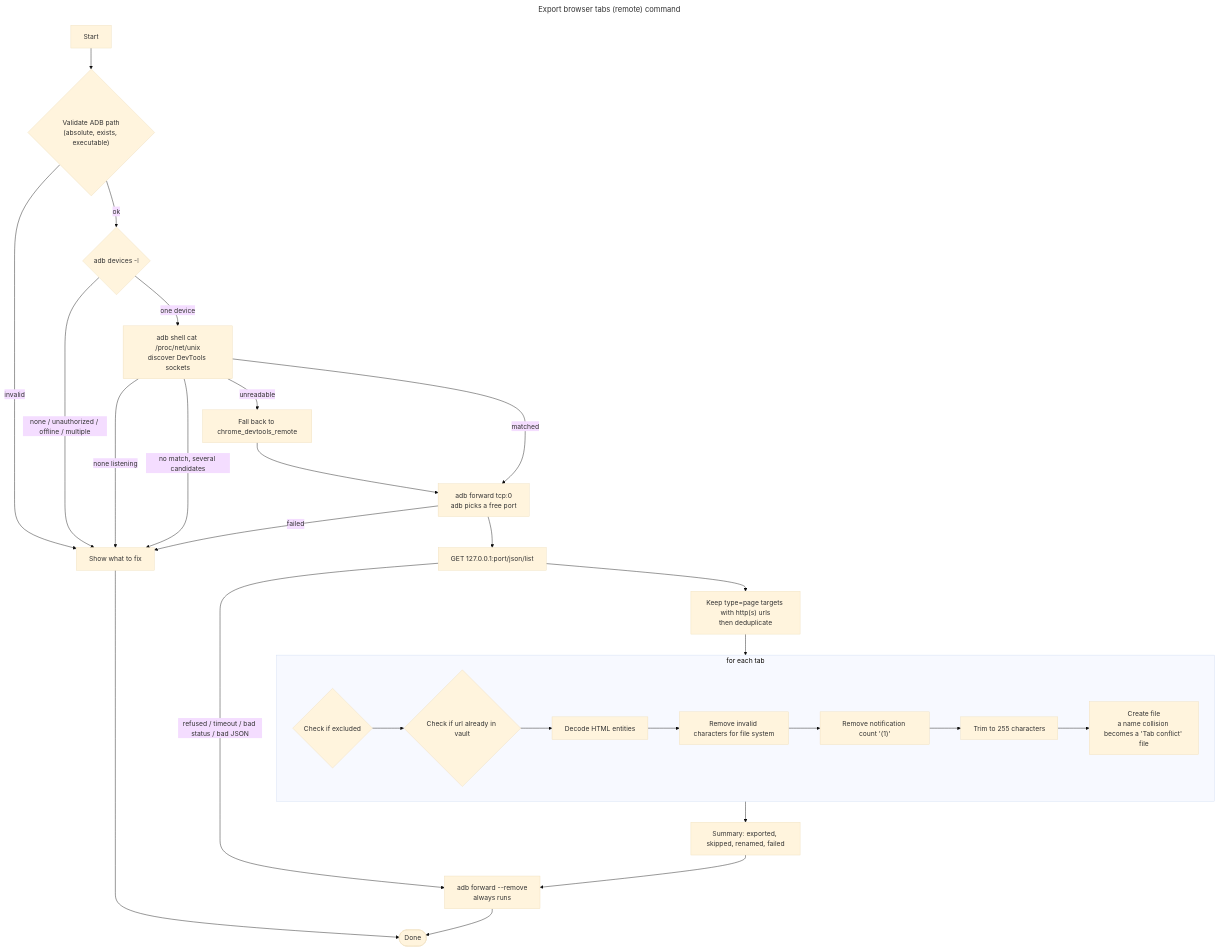
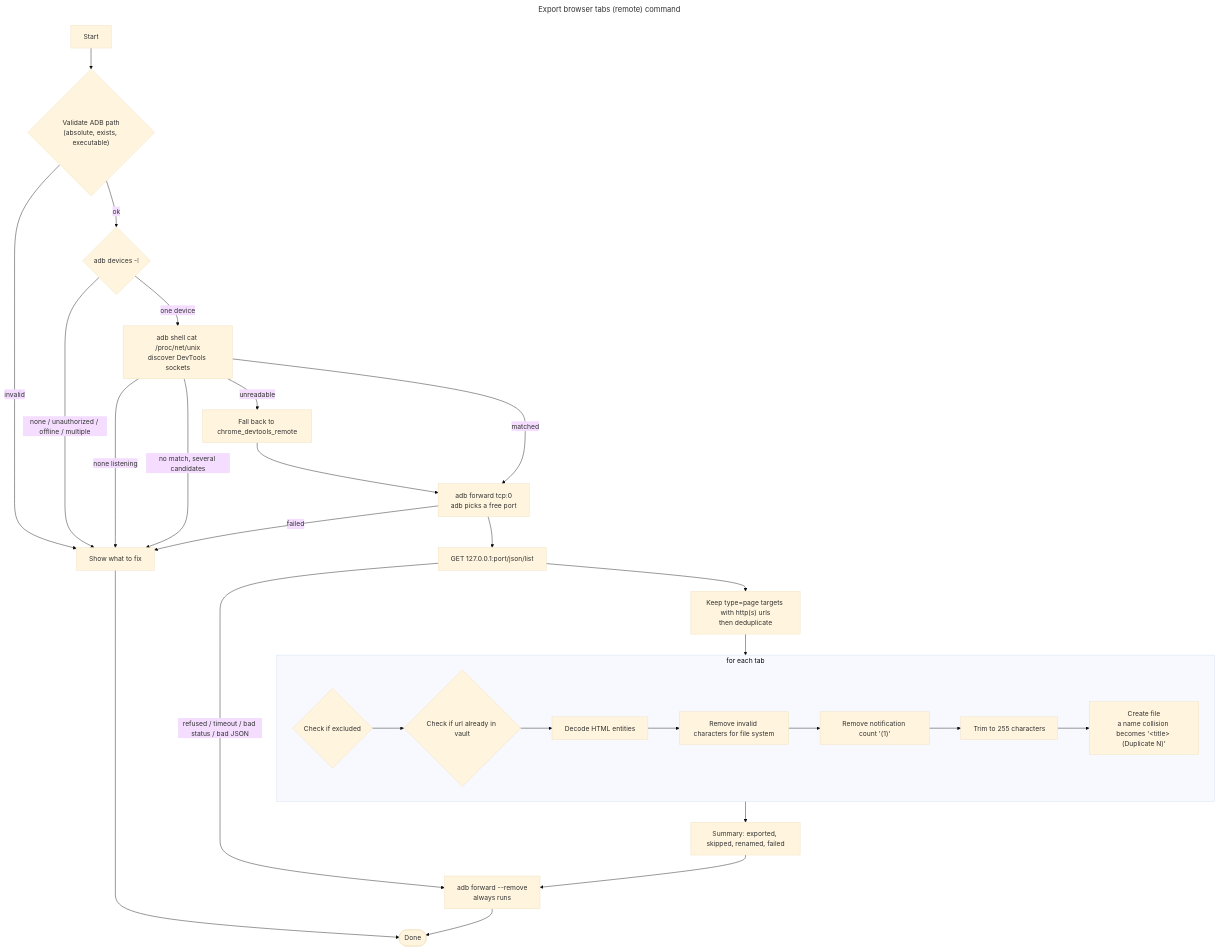
The second of 2 diagrams in docs/export-flowchart.md (decaf-dev/obsidian-export-browser-tabs), drawn with Mermaid (base theme) before and after one commit. The commit also changed other lines of this file and 4 other files, not shown here.

First line of the commit message:
feat: name colliding tabs "(Duplicate)" instead of "Tab conflict"

````diff
--- a/docs/export-flowchart.md
+++ b/docs/export-flowchart.md
@@ -28,33 +29,33 @@
 ```mermaid
 ---
 title: Export browser tabs (remote) command
 ---
 flowchart TD
 	Start --> V{"Validate ADB path<br/>(absolute, exists, executable)"}
 	V -- invalid --> Err[Show what to fix]
 	V -- ok --> D{"adb devices -l"}
 	D -- "none / unauthorized / offline / multiple" --> Err
 	D -- one device --> S["adb shell cat /proc/net/unix<br/>discover DevTools sockets"]
 	S -- unreadable --> Fallback[Fall back to chrome_devtools_remote]
 	S -- "none listening" --> Err
 	S -- "no match, several candidates" --> Err
 	Fallback --> F
 	S -- matched --> F["adb forward tcp:0<br/>adb picks a free port"]
 	F -- failed --> Err
 	F --> H["GET 127.0.0.1:port/json/list"]
 	H -- "refused / timeout / bad status / bad JSON" --> Cleanup
 	H --> P["Keep type=page targets with http(s) urls<br/>then deduplicate"]
 	P --> one
 	subgraph one[for each tab]
 	C{Check if excluded} --> D2{Check if url already in vault}
 	D2 --> E[Decode HTML entities]
 	E --> E2[Remove invalid characters for file system]
 	E2 --> G["Remove notification count '(1)'"]
 	G --> G2[Trim to 255 characters]
-	G2 --> I["Create file<br/>a name collision becomes a 'Tab conflict' file"]
+	G2 --> I["Create file<br/>a name collision becomes '&lt;title&gt; (Duplicate N)'"]
 	end
 	one --> Summary["Summary: exported, skipped, renamed, failed"]
 	Summary --> Cleanup["adb forward --remove<br/>always runs"]
 	Err --> Done
 	Cleanup --> Done([Done])
 ```
````
